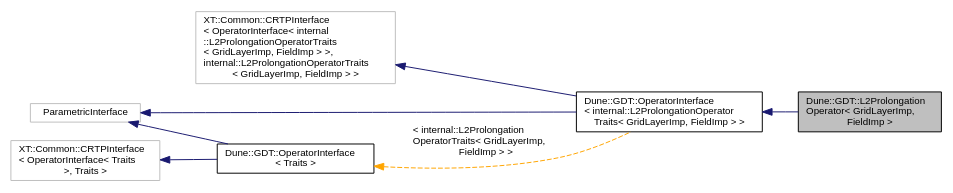
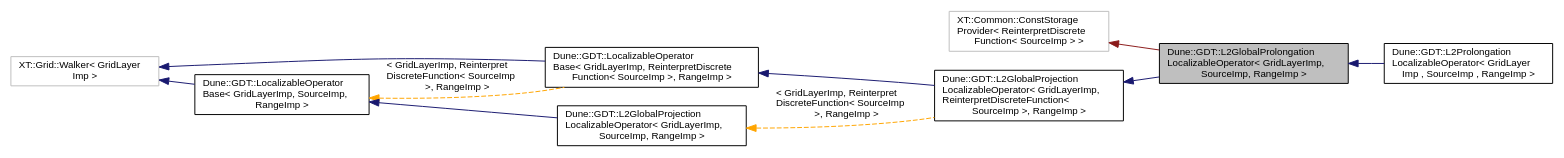
One commit to dune-community/dune-community.github.io changed the diagram in docs/dune-gdt/''/a02364.dot. Above: the diagram before and after it, drawn with Graphviz. The commit also changed 2591 other files, not shown here.

Commit message:
Updated documentation for dune-gdt ''

```diff
--- a/docs/dune-gdt/''/a02364.dot
+++ b/docs/dune-gdt/''/a02364.dot
@@ -1,18 +1,23 @@
-digraph "Dune::GDT::L2ProlongationOperator&lt; GridLayerImp, FieldImp &gt;"
+digraph "Dune::GDT::L2GlobalProlongationLocalizableOperator&lt; GridLayerImp, SourceImp, RangeImp &gt;"
 {
   edge [fontname="Helvetica",fontsize="10",labelfontname="Helvetica",labelfontsize="10"];
   node [fontname="Helvetica",fontsize="10",shape=record];
   rankdir="LR";
-  Node0 [label="Dune::GDT::L2Prolongation\lOperator\< GridLayerImp,\l FieldImp \>",height=0.2,width=0.4,color="black", fillcolor="grey75", style="filled", fontcolor="black"];
-  Node1 -> Node0 [dir="back",color="midnightblue",fontsize="10",style="solid",fontname="Helvetica"];
-  Node1 [label="Dune::GDT::OperatorInterface\l\< internal::L2ProlongationOperator\lTraits\< GridLayerImp, FieldImp \> \>",height=0.2,width=0.4,color="black", fillcolor="white", style="filled",URL="$a02113.html"];
-  Node2 -> Node1 [dir="back",color="midnightblue",fontsize="10",style="solid",fontname="Helvetica"];
-  Node2 [label="XT::Common::CRTPInterface\l\< OperatorInterface\< internal\l::L2ProlongationOperatorTraits\l\< GridLayerImp, FieldImp \> \>,\l internal::L2ProlongationOperatorTraits\l\< GridLayerImp, FieldImp \> \>",height=0.2,width=0.4,color="grey75", fillcolor="white", style="filled"];
-  Node3 -> Node1 [dir="back",color="midnightblue",fontsize="10",style="solid",fontname="Helvetica"];
-  Node3 [label="ParametricInterface",height=0.2,width=0.4,color="grey75", fillcolor="white", style="filled"];
-  Node4 -> Node1 [dir="back",color="orange",fontsize="10",style="dashed",label=" \< internal::L2Prolongation\lOperatorTraits\< GridLayerImp,\l FieldImp \> \>" ,fontname="Helvetica"];
-  Node4 [label="Dune::GDT::OperatorInterface\l\< Traits \>",height=0.2,width=0.4,color="black", fillcolor="white", style="filled",URL="$a02113.html"];
-  Node5 -> Node4 [dir="back",color="midnightblue",fontsize="10",style="solid",fontname="Helvetica"];
-  Node5 [label="XT::Common::CRTPInterface\l\< OperatorInterface\< Traits\l \>, Traits \>",height=0.2,width=0.4,color="grey75", fillcolor="white", style="filled"];
-  Node3 -> Node4 [dir="back",color="midnightblue",fontsize="10",style="solid",fontname="Helvetica"];
+  Node0 [label="Dune::GDT::L2GlobalProlongation\lLocalizableOperator\< GridLayerImp,\l SourceImp, RangeImp \>",height=0.2,width=0.4,color="black", fillcolor="grey75", style="filled", fontcolor="black"];
+  Node1 -> Node0 [dir="back",color="firebrick4",fontsize="10",style="solid",fontname="Helvetica"];
+  Node1 [label="XT::Common::ConstStorage\lProvider\< ReinterpretDiscrete\lFunction\< SourceImp \> \>",height=0.2,width=0.4,color="grey75", fillcolor="white", style="filled"];
+  Node2 -> Node0 [dir="back",color="midnightblue",fontsize="10",style="solid",fontname="Helvetica"];
+  Node2 [label="Dune::GDT::L2GlobalProjection\lLocalizableOperator\< GridLayerImp,\l ReinterpretDiscreteFunction\<\l SourceImp \>, RangeImp \>",height=0.2,width=0.4,color="black", fillcolor="white", style="filled",URL="$a02281.html"];
+  Node3 -> Node2 [dir="back",color="midnightblue",fontsize="10",style="solid",fontname="Helvetica"];
+  Node3 [label="Dune::GDT::LocalizableOperator\lBase\< GridLayerImp, ReinterpretDiscrete\lFunction\< SourceImp \>, RangeImp \>",height=0.2,width=0.4,color="black", fillcolor="white", style="filled",URL="$a01777.html"];
+  Node4 -> Node3 [dir="back",color="midnightblue",fontsize="10",style="solid",fontname="Helvetica"];
+  Node4 [label="XT::Grid::Walker\< GridLayer\lImp \>",height=0.2,width=0.4,color="grey75", fillcolor="white", style="filled"];
+  Node5 -> Node3 [dir="back",color="orange",fontsize="10",style="dashed",label=" \< GridLayerImp, Reinterpret\lDiscreteFunction\< SourceImp\l \>, RangeImp \>" ,fontname="Helvetica"];
+  Node5 [label="Dune::GDT::LocalizableOperator\lBase\< GridLayerImp, SourceImp,\l RangeImp \>",height=0.2,width=0.4,color="black", fillcolor="white", style="filled",URL="$a01777.html"];
+  Node4 -> Node5 [dir="back",color="midnightblue",fontsize="10",style="solid",fontname="Helvetica"];
+  Node6 -> Node2 [dir="back",color="orange",fontsize="10",style="dashed",label=" \< GridLayerImp, Reinterpret\lDiscreteFunction\< SourceImp\l \>, RangeImp \>" ,fontname="Helvetica"];
+  Node6 [label="Dune::GDT::L2GlobalProjection\lLocalizableOperator\< GridLayerImp,\l SourceImp, RangeImp \>",height=0.2,width=0.4,color="black", fillcolor="white", style="filled",URL="$a02281.html"];
+  Node5 -> Node6 [dir="back",color="midnightblue",fontsize="10",style="solid",fontname="Helvetica"];
+  Node0 -> Node7 [dir="back",color="midnightblue",fontsize="10",style="solid",fontname="Helvetica"];
+  Node7 [label="Dune::GDT::L2Prolongation\lLocalizableOperator\< GridLayer\lImp , SourceImp , RangeImp  \>",height=0.2,width=0.4,color="black", fillcolor="white", style="filled",URL="$a02401.html"];
 }
```
